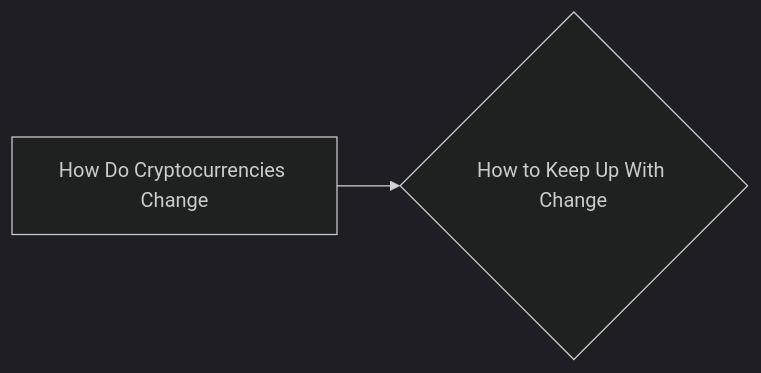
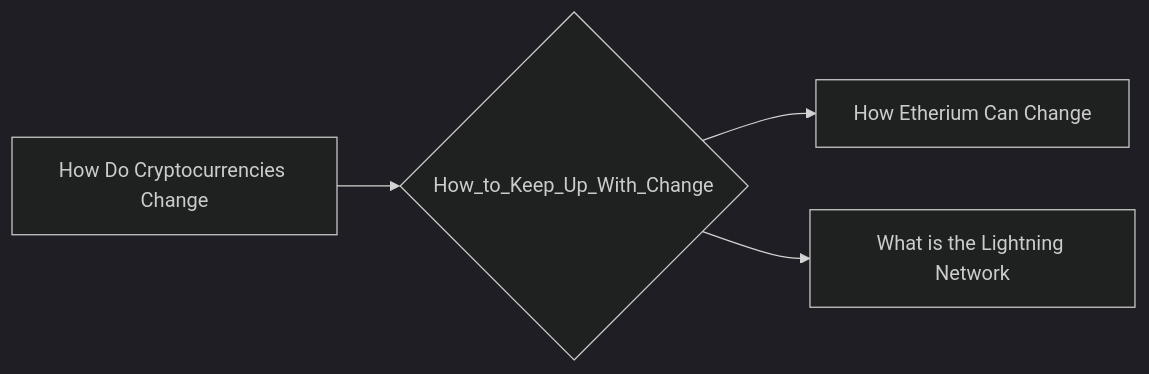
Before and after one commit to lpurdy01/crypto-knowledge-map: the diagram in notes/How_to_Keep_Up_With_Change.md, drawn with Mermaid (dark theme). The commit also changed 161 other files, not shown here.

````diff
--- a/notes/How_to_Keep_Up_With_Change.md
+++ b/notes/How_to_Keep_Up_With_Change.md
@@ -6,4 +6,6 @@
 ```mermaid
 graph LR
-1["How Do Cryptocurrencies Change"]-->0{"How to Keep Up With Change"}
+1["How Do Cryptocurrencies Change"]-->0{"How_to_Keep_Up_With_Change"}
+0{"How_to_Keep_Up_With_Change"}-->2["How Etherium Can Change"]
+0{"How_to_Keep_Up_With_Change"}-->3["What is the Lightning Network"]
 ```
````
